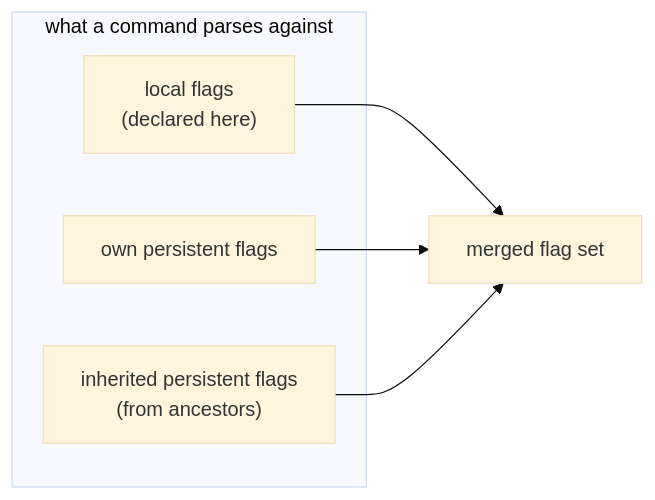
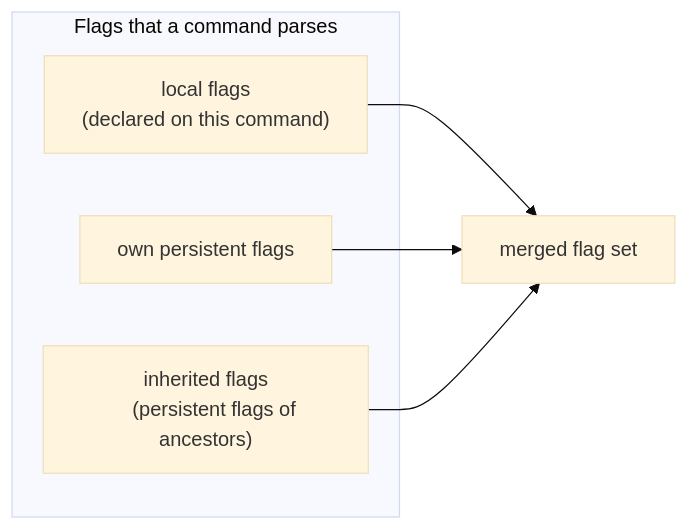
The second of 4 diagrams in docs/examples/cobra/.cluedoc/flag-handling/README.md (KeunwooPark/cluedoc), drawn with Mermaid (base theme) before and after one commit. The commit also changed other lines of this file and 22 other files, not shown here.

````diff
--- a/docs/examples/cobra/.cluedoc/flag-handling/README.md
+++ b/docs/examples/cobra/.cluedoc/flag-handling/README.md
@@ -40,11 +49,13 @@
 ```mermaid
 flowchart LR
-    subgraph "what a command parses against"
-    L["local flags<br/>(declared here)"]
+    subgraph SCOPE ["Flags that a command parses"]
+    L["local flags
+    (declared on this command)"]
     P["own persistent flags"]
-    I["inherited persistent flags<br/>(from ancestors)"]
+    I["inherited flags
+    (persistent flags of ancestors)"]
     end
     L --> M["merged flag set"]
     P --> M
     I --> M
 ```
````
